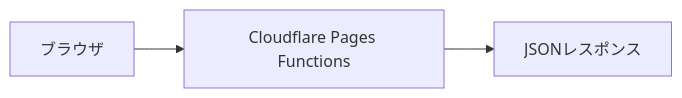
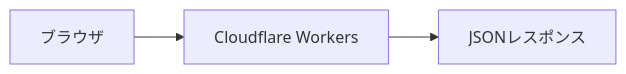
One commit to mono-tec/mono-template-cloudflare-pages-functions changed the diagram in docs/internal-api-spec.md. Above: the diagram before and after it, drawn with Mermaid. The commit also changed other lines of this file, not shown here.

Commit message:
Cloudflare Workers 構成へ修正

````diff
--- a/docs/internal-api-spec.md
+++ b/docs/internal-api-spec.md
@@ -30,5 +30,5 @@
 ```mermaid
 flowchart LR
-  Browser[ブラウザ] --> API[Cloudflare Pages Functions]
+  Browser[ブラウザ] --> API[Cloudflare Workers]
   API --> JSON[JSONレスポンス]
 ```
````
